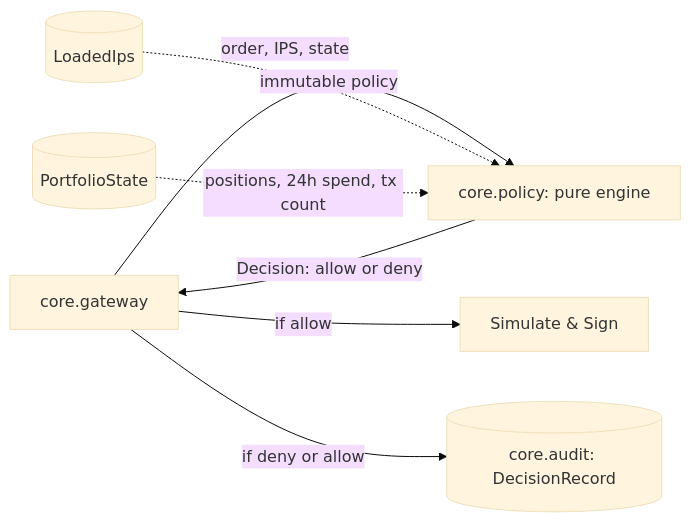
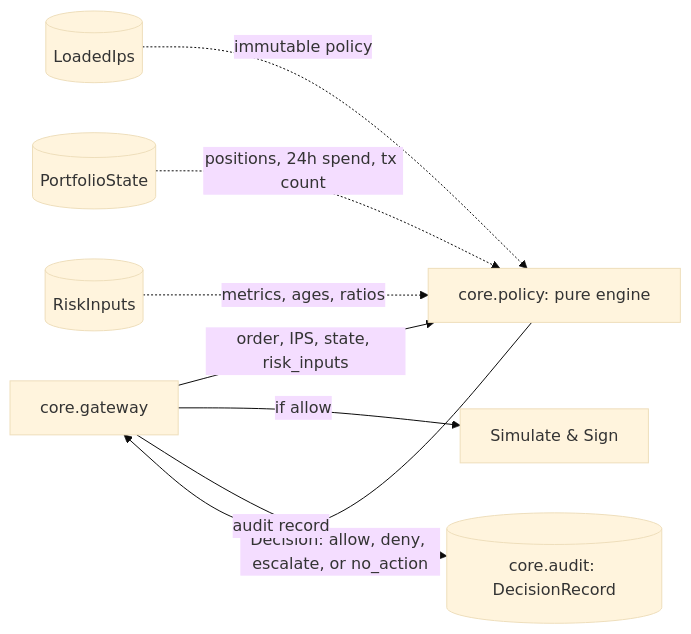
Before and after one commit to thaicuong576/agent-wallet: the diagram in docs/architecture/policy-engine.md, drawn with Mermaid (base theme). The commit also changed other lines of this file and 6 other files, not shown here.

First line of the commit message:
feat(policy): policy engine allocation and risk-input rules (#34)

````diff
--- a/docs/architecture/policy-engine.md
+++ b/docs/architecture/policy-engine.md
@@ -7,9 +7,10 @@
 ```mermaid
 flowchart LR
-  GW[core.gateway] -->|order, IPS, state| PE[core.policy: pure engine]
+  GW[core.gateway] -->|order, IPS, state, risk_inputs| PE[core.policy: pure engine]
   IPS[(LoadedIps)] -. immutable policy .-> PE
   STATE[(PortfolioState)] -. positions, 24h spend, tx count .-> PE
-  PE -->|Decision: allow or deny| GW
+  RISK[(RiskInputs)] -. metrics, ages, ratios .-> PE
+  PE -->|Decision: allow, deny, escalate, or no_action| GW
   GW -->|if allow| SIM[Simulate & Sign]
-  GW -->|if deny or allow| LOG[(core.audit: DecisionRecord)]
+  GW -->|audit record| LOG[(core.audit: DecisionRecord)]
 ```
````
